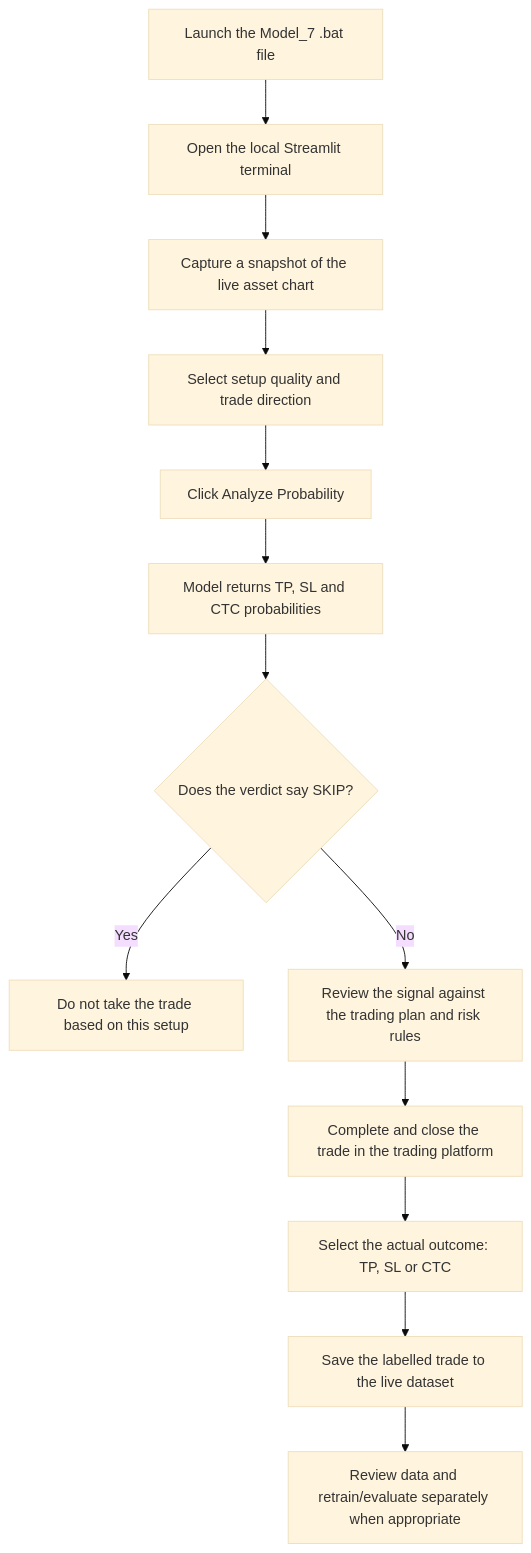
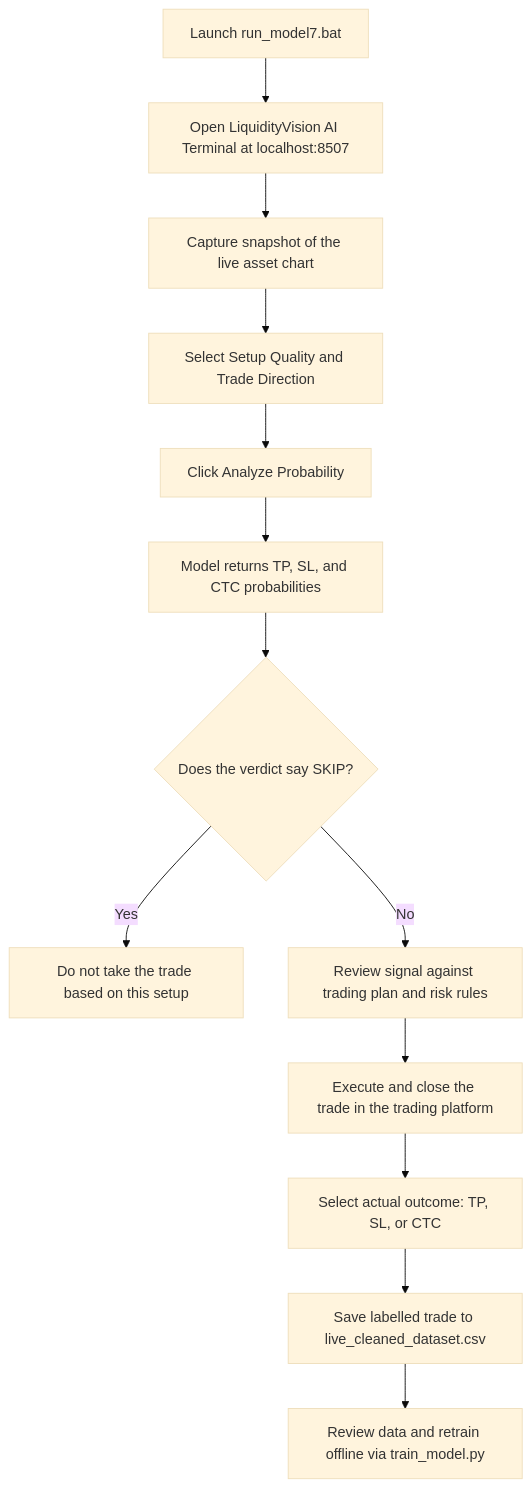
One commit to Boby123design/Decision-Engine-Liquidity-based changed the diagram in working.md. Above: the diagram before and after it, drawn with Mermaid (base theme). The commit also changed other lines of this file, not shown here.

````diff
--- a/working.md
+++ b/working.md
@@ -24,15 +52,15 @@
 ```mermaid
 flowchart TD
-    A[Launch the Model_7 .bat file] --> B[Open the local Streamlit terminal]
-    B --> C[Capture a snapshot of the live asset chart]
-    C --> D[Select setup quality and trade direction]
+    A[Launch run_model7.bat] --> B[Open LiquidityVision AI Terminal at localhost:8507]
+    B --> C[Capture snapshot of the live asset chart]
+    C --> D[Select Setup Quality and Trade Direction]
     D --> E[Click Analyze Probability]
-    E --> F[Model returns TP, SL and CTC probabilities]
+    E --> F[Model returns TP, SL, and CTC probabilities]
     F --> G{Does the verdict say SKIP?}
     G -- Yes --> H[Do not take the trade based on this setup]
-    G -- No --> I[Review the signal against the trading plan and risk rules]
-    I --> J[Complete and close the trade in the trading platform]
-    J --> K[Select the actual outcome: TP, SL or CTC]
-    K --> L[Save the labelled trade to the live dataset]
-    L --> M[Review data and retrain/evaluate separately when appropriate]
+    G -- No --> I[Review signal against trading plan and risk rules]
+    I --> J[Execute and close the trade in the trading platform]
+    J --> K[Select actual outcome: TP, SL, or CTC]
+    K --> L[Save labelled trade to live_cleaned_dataset.csv]
+    L --> M[Review data and retrain offline via train_model.py]
 ```
````
